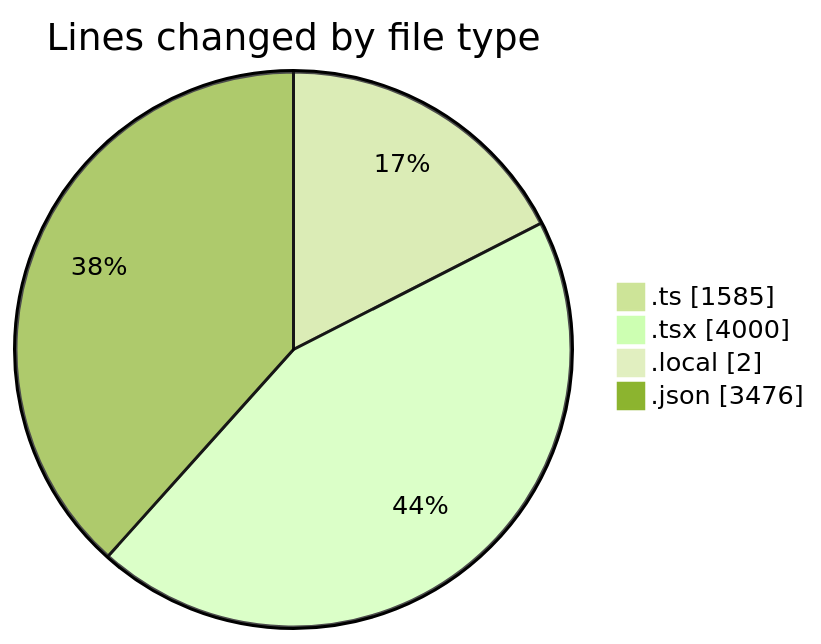
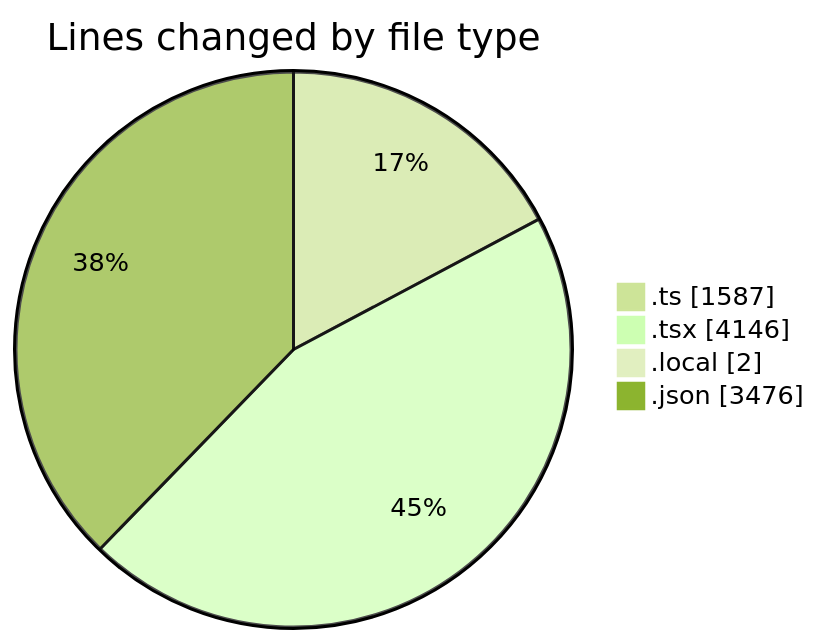
Before and after one commit to julien-gomy/code-tracking: the first of 2 diagrams in 2025-10-28/eventscop-frontend-guide__workspace_/README.md, drawn with Mermaid (forest theme). The commit also changed other lines of this file and 1 other file, not shown here.

````diff
--- a/2025-10-28/eventscop-frontend-guide__workspace_/README.md
+++ b/2025-10-28/eventscop-frontend-guide__workspace_/README.md
@@ -51,8 +51,8 @@
 ```mermaid
 pie showData
 title Lines changed by file type
-".ts" : 1585
-".tsx" : 4000
+".ts" : 1587
+".tsx" : 4146
 ".local" : 2
 ".json" : 3476
 ```
````
